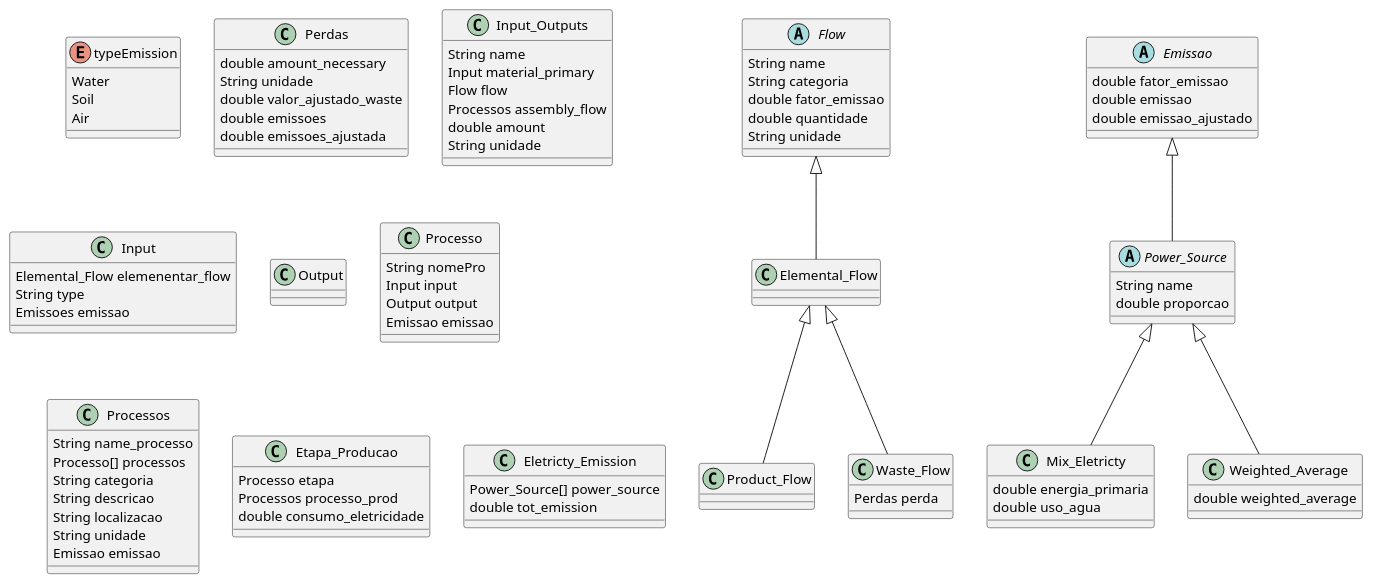
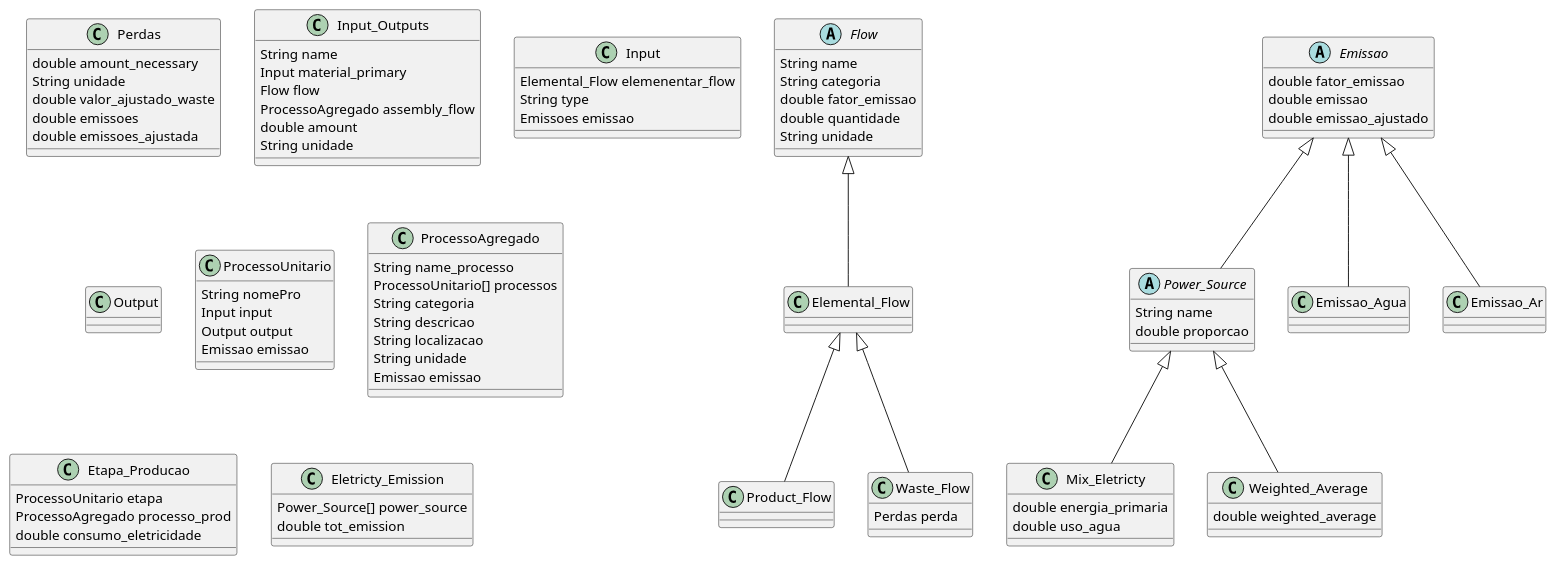
Before and after one commit to ArturESTG/DiagramasESIITrabalho: the diagram in DiagramaAtividade/DiagramaAtividade.plantuml, drawn with PlantUML. The commit also changed 2 other files, not shown here.

```diff
--- a/DiagramaAtividade/DiagramaAtividade.plantuml
+++ b/DiagramaAtividade/DiagramaAtividade.plantuml
@@ -1,172 +1,169 @@
-@startuml
-/'Inicio das enums'/
-enum typeEmission {
-    Water
-    Soil
-    Air
-}
-/'Fim das enums'/
-
+@startuml DiaramaAtividade
 
 /'Inico das classes'/
 
 abstract class Flow {
     String name
     String categoria
     double fator_emissao
     double quantidade
     String unidade
 }
 
 /'Nota o elemenentar flow tanto pode ser um input
 ou output'/
 class Elemental_Flow extends Flow{
 
 }
 
 /'Ocorre entre processos, ou'/
 class Product_Flow extends Elemental_Flow {
 
 }
 
 /'
 Corresponde as substancias/ objetos que serao
 "alienados" de alguma forma
 '/
 class Waste_Flow extends Elemental_Flow {
     Perdas perda
 }
 
 class Perdas {
     double amount_necessary
     String unidade
     double valor_ajustado_waste
     double emissoes
     double emissoes_ajustada
 }
 
 /' Aqui guarda os Fluxos de entrada e de saida
 Os de entrada corresponde a tudo o que entra para produzir
 o produto
 Os fluxos de saida a tudo o gerado pela produção
 
 O fator_emissão não até que ponto pode estar cá
 
 class Input_Outputs {
     String name
     typeInput type 
     Flow flow
     double quantidade 
     String unidade
     double fator_emissao
 }
 '/
 class Input_Outputs {
     String name
     Input material_primary
     Flow flow
-    Processos assembly_flow 
+    ProcessoAgregado assembly_flow 
     double amount 
     String unidade
 }
 
 /'Representas os mateirais a utilizar e outros elementos, tipo energia,
 agua, etc
 
 O elementarl Flow, é porque o input tanto pode ser uma energia ou 
 recurso naturais
 O type é para saber se é energia ou materia-prima
 A classe perdas é para saver as perdas relacionadas com o input
 '/
 class Input  {
     Elemental_Flow elemenentar_flow
     String type
     Emissoes emissao
 }
 
 class Output  {
 
 }
 
 
 /'Esta classe seria um processo unitário
 
 Segundo a figura 2 - Processo, Fluxos e Sistema
 cada processo tem um input e um output
 '/
-class Processo {
+class ProcessoUnitario {
     String nomePro
     Input input
     Output output
     Emissao emissao
 }
 
 /'
 Este classe representa um processo agregado
 
 Ver se o name_processos é necessário
 A classe emissão aqui é para guardar a poluição total do processo
 '/
-class Processos {
+class ProcessoAgregado {
     String name_processo
-    Processo[] processos
+    ProcessoUnitario[] processos
     String categoria
     String descricao
     String localizacao
     String unidade
     Emissao emissao
 }
 
+/'Represnta cada etapa de produção'/
 class Etapa_Producao {
-    Processo etapa
-    Processos processo_prod
+    ProcessoUnitario etapa
+    ProcessoAgregado processo_prod
     double consumo_eletricidade
 }
 
 /'Classes a repensar'/
 
 /'
 Tabela para o calculo de CO2e 
 '/
 /'
 Não sei se por ser abstrata irá dar problemas 
 proporcao --> %
 fator emissao --> kgCO₂e/kWh
 '/
 
 /'Esta probavelmente e desnecessária'/
 abstract class Emissao {
     double fator_emissao
     double emissao
     double emissao_ajustado
 }
 
 abstract class Power_Source extends Emissao{
     String name
     double proporcao 
 }
 
 /'Energia Primaria --> MJ/kWh
 uso de agua --> litros/kWh'/
 class Mix_Eletricty extends Power_Source {
     double energia_primaria
     double uso_agua
 }
 
 class Weighted_Average extends Power_Source {
     double weighted_average
 }
 
+class Emissao_Agua extends Emissao{}
+
+class Emissao_Ar extends Emissao {}
+
 /'
 Esta classe serve para calcular o valor total
 de emissao de kgCo2e/kWh, para quando a empresa
 fornece todos os gasto ou quando não temos acesso
 a eles
 '/
 class Eletricty_Emission {
     Power_Source[] power_source
     double tot_emission
 }
 
 /' das classes'/
 @enduml
```
